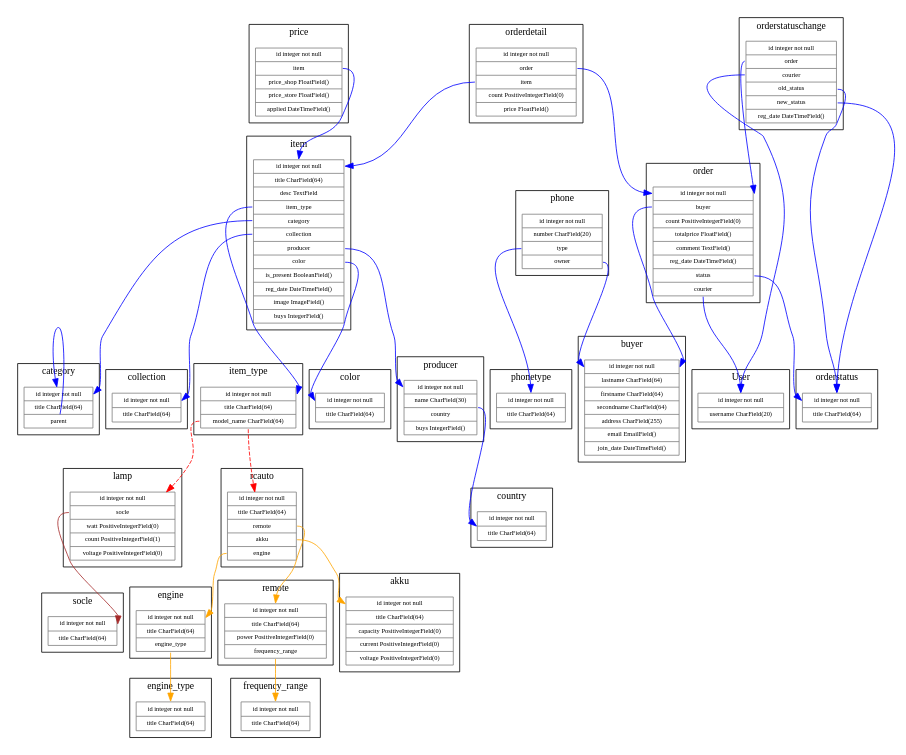
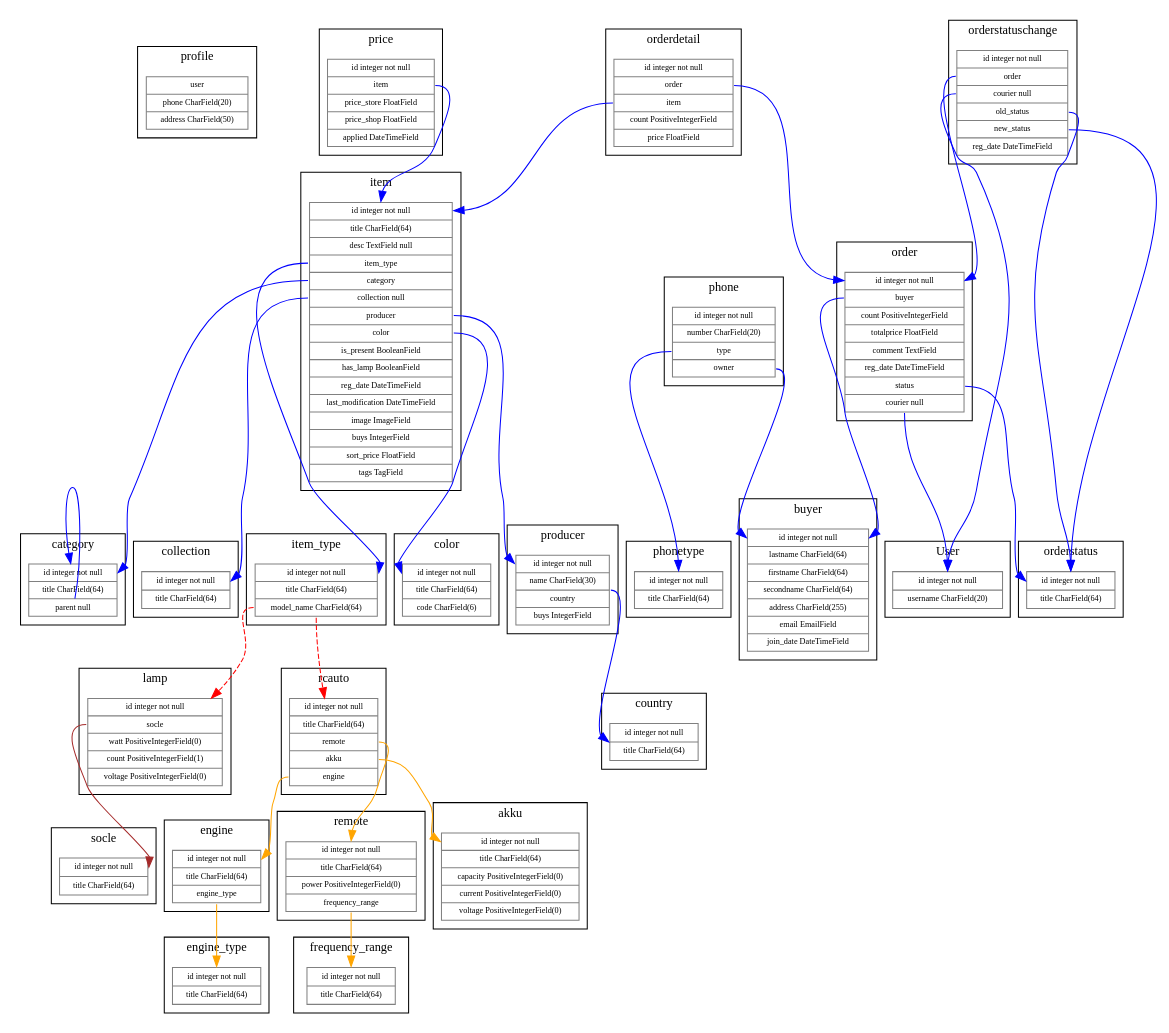
The diagram in schemas/cargo.dot (RaD/moiluchru), drawn with Graphviz before and after one commit. The commit also changed 1 other file, not shown here.

Commit message:
Обновил схемы.

```diff
--- a/schemas/cargo.dot
+++ b/schemas/cargo.dot
@@ -1,117 +1,120 @@
 digraph G {
-	graph [rankdir = "TB", compound=true, ratio=compress, size="16,10", 
+	graph [rankdir = "TB", compound=true, ratio=compress, 
 		remincross=true, center=true];
 	node [shape=plaintext, fontname="Verdana", fontsize=8];
 	edge [arrowsize=1, color=blue, fontname="Verdana", fontsize=8];
 	
+subgraph cluster_profile {label="profile"; labelloc="t"; fontname="Verdana"; fontsize=12; profile};
+profile [shape=record, color=gray, label="{<user> user|phone CharField(20)|address CharField(50)}"]
+
 subgraph cluster_color {label="color"; labelloc="t"; fontname="Verdana"; fontsize=12; color};
-color [shape=record, color=gray, label="{<id> id integer not null|title CharField(64)}"]
+color [shape=record, color=gray, label="{<id> id integer not null|title CharField(64)|code CharField(6)}"]
 
 subgraph cluster_country {label="country"; labelloc="t"; fontname="Verdana"; fontsize=12; country};
 country [shape=record, color=gray, label="{<id>id integer not null|title CharField(64)}"]
 
 subgraph cluster_producer {label="producer"; labelloc="t"; fontname="Verdana"; fontsize=12; producer};
-producer [shape=record, color=gray, label="{<id> id integer not null|name CharField(30)|<country> country|buys IntegerField()}"]
+producer [shape=record, color=gray, label="{<id> id integer not null|name CharField(30)|<country> country|buys IntegerField}"]
 
 subgraph cluster_category {label="category"; labelloc="t"; fontname="Verdana"; fontsize=12; category};
-category [shape=record, color=gray, label="{<id> id integer not null|title CharField(64)|<parent> parent}"]
+category [shape=record, color=gray, label="{<id> id integer not null|title CharField(64)|<parent> parent null}"]
 
 subgraph cluster_collection {label="collection"; labelloc="t"; fontname="Verdana"; fontsize=12; collection};
 collection [shape=record, color=gray, label="{<id> id integer not null|title CharField(64)}"]
 
 subgraph cluster_item_type {label="item_type"; labelloc="t"; fontname="Verdana"; fontsize=12; item_type};
 item_type [shape=record, color=gray, label="{<id> id integer not null|title CharField(64)|<model_name> model_name CharField(64)}"]
 
 subgraph cluster_item {label="item"; labelloc="t"; fontname="Verdana"; fontsize=12; item};
-item [shape=record, color=gray, label="{<id> id integer not null|title CharField(64)|desc TextField|<item_type> item_type|<category> category|<collection> collection|<producer> producer|<color> color|is_present BooleanField()|reg_date DateTimeField()|image ImageField()|buys IntegerField()}"]
+item [shape=record, color=gray, label="{<id> id integer not null|title CharField(64)|desc TextField null|<item_type> item_type|<category> category|<collection> collection null|<producer> producer|<color> color|is_present BooleanField|has_lamp BooleanField|reg_date DateTimeField|last_modification DateTimeField|image ImageField|buys IntegerField|sort_price FloatField|tags TagField}"]
 
 subgraph cluster_price {label="price"; labelloc="t"; fontname="Verdana"; fontsize=12; price};
-price [shape=record, color=gray, label="{<id> id integer not null|<item> item|price_shop FloatField()|price_store FloatField()|applied DateTimeField()}"]
+price [shape=record, color=gray, label="{<id> id integer not null|<item> item|price_store FloatField|price_shop FloatField|applied DateTimeField}"]
 
 subgraph cluster_buyer {label="buyer"; labelloc="t"; fontname="Verdana"; fontsize=12; buyer};
-buyer [shape=record, color=gray, label="{<id>id integer not null|lastname CharField(64)|firstname CharField(64)|secondname CharField(64)|address CharField(255)|email EmailField()|join_date DateTimeField()}"]
+buyer [shape=record, color=gray, label="{<id>id integer not null|lastname CharField(64)|firstname CharField(64)|secondname CharField(64)|address CharField(255)|email EmailField|join_date DateTimeField}"]
 
 subgraph cluster_orderstatus {label="orderstatus"; labelloc="t"; fontname="Verdana"; fontsize=12; orderstatus};
 orderstatus [shape=record, color=gray, label="{<id>id integer not null|title CharField(64)}"]
 
 subgraph cluster_order {label="order"; labelloc="t"; fontname="Verdana"; fontsize=12; order};
-order [shape=record, color=gray, label="{<id>id integer not null|<buyer> buyer|count PositiveIntegerField(0)|totalprice FloatField()|comment TextField()|reg_date DateTimeField()|<status> status|<courier> courier}"]
+order [shape=record, color=gray, label="{<id>id integer not null|<buyer> buyer|count PositiveIntegerField|totalprice FloatField|comment TextField|reg_date DateTimeField|<status> status|<courier> courier null}"]
 
 subgraph cluster_orderdetail {label="orderdetail"; labelloc="t"; fontname="Verdana"; fontsize=12; orderdetail};
-orderdetail [shape=record, color=gray, label="{<id>id integer not null|<order> order|<item> item|count PositiveIntegerField(0)|price FloatField()}"]
+orderdetail [shape=record, color=gray, label="{<id>id integer not null|<order> order|<item> item|count PositiveIntegerField|price FloatField}"]
 
 subgraph cluster_orderstatuschange {label="orderstatuschange"; labelloc="t"; fontname="Verdana"; fontsize=12; orderstatuschange};
-orderstatuschange [shape=record, color=gray, label="{<id>id integer not null|<order> order|<courier> courier|<old_status> old_status|<new_status> new_status|reg_date DateTimeField()}"]
+orderstatuschange [shape=record, color=gray, label="{<id>id integer not null|<order> order|<courier> courier null|<old_status> old_status|<new_status> new_status|reg_date DateTimeField}"]
 
 subgraph cluster_phonetype {label="phonetype"; labelloc="t"; fontname="Verdana"; fontsize=12; phonetype};
 phonetype [shape=record, color=gray, label="{<id>id integer not null|title CharField(64)}"]
 
 subgraph cluster_phone {label="phone"; labelloc="t"; fontname="Verdana"; fontsize=12; phone};
 phone [shape=record, color=gray, label="{<id>id integer not null|number CharField(20)|<type> type|<owner> owner}"]
 
 subgraph cluster_User {label="User"; labelloc="t"; fontname="Verdana"; fontsize=12; User};
 User [shape=record, color=gray, label="{<id>id integer not null|username CharField(20)}"]
 
 ##
 ## Освещение
 ##
 subgraph cluster_lamp {label="lamp"; labelloc="t"; fontname="Verdana"; fontsize=12; lamp};
 lamp [shape=record, color=gray, label="{<id> id integer not null|<socle> socle|watt PositiveIntegerField(0)|count PositiveIntegerField(1)|voltage PositiveIntegerField(0)}"]
 
 subgraph cluster_socle {label="socle"; labelloc="t"; fontname="Verdana"; fontsize=12; socle};
 socle [shape=record, color=gray, label="{<id> id integer not null|title CharField(64)}"]
 
 ##
 ## Автомодели
 ##
 subgraph cluster_rcauto {label="rcauto"; labelloc="t"; fontname="Verdana"; fontsize=12; rcauto};
 rcauto [shape=record, color=gray, label="{<id> id integer not null|title CharField(64)|<remote> remote|<akku> akku|<engine> engine}"]
 
 subgraph cluster_remote {label="remote"; labelloc="t"; fontname="Verdana"; fontsize=12; remote};
 remote [shape=record, color=gray, label="{<id> id integer not null|title CharField(64)|power PositiveIntegerField(0)|<frequency_range> frequency_range}"]
 
 subgraph cluster_frequency_range {label="frequency_range"; labelloc="t"; fontname="Verdana"; fontsize=12; frequency_range};
 frequency_range [shape=record, color=gray, label="{<id> id integer not null|title CharField(64)}"]
 
 subgraph cluster_akku {label="akku"; labelloc="t"; fontname="Verdana"; fontsize=12; akku};
 akku [shape=record, color=gray, label="{<id> id integer not null|title CharField(64)|capacity PositiveIntegerField(0)|current PositiveIntegerField(0)|voltage PositiveIntegerField(0)}"]
 
 subgraph cluster_engine {label="engine"; labelloc="t"; fontname="Verdana"; fontsize=12; engine};
 engine [shape=record, color=gray, label="{<id> id integer not null|title CharField(64)| <engine_type> engine_type}"]
 
 subgraph cluster_engine_type {label="engine_type"; labelloc="t"; fontname="Verdana"; fontsize=12; engine_type};
 engine_type [shape=record, color=gray, label="{<id> id integer not null|title CharField(64)}"]
 
 ##
 ## Связи
 ##
 producer:country -> country:id [tailport=e, headport=w];
 category:parent -> category:id;
 item:item_type -> item_type:id;
 item:category -> category:id;
 item:collection -> collection:id;
 item:producer -> producer:id;
 item:color -> color:id;
 price:item -> item:id;
 order:buyer -> buyer:id;
 order:status -> orderstatus:id;
 order:courier -> User:id;
 orderdetail:order -> order:id;
 orderdetail:item -> item:id;
 orderstatuschange:order -> order:id;
 orderstatuschange:courier -> User:id;
 orderstatuschange:old_status -> orderstatus:id;
 orderstatuschange:new_status -> orderstatus:id;
 phone:type -> phonetype:id;
 phone:owner -> buyer:id;
 
 item_type:model_name -> lamp [color=red, style=dashed];
 lamp:socle -> socle:id [color=brown];
 
 item_type:model_name -> rcauto [color=red, style=dashed];
 rcauto:remote -> remote:id [color=orange];
 remote:frequency_range -> frequency_range:id [color=orange];
 rcauto:akku -> akku:id [color=orange];
 rcauto:engine -> engine:id [color=orange];
 engine:engine_type -> engine_type:id [color=orange];
 }
```
